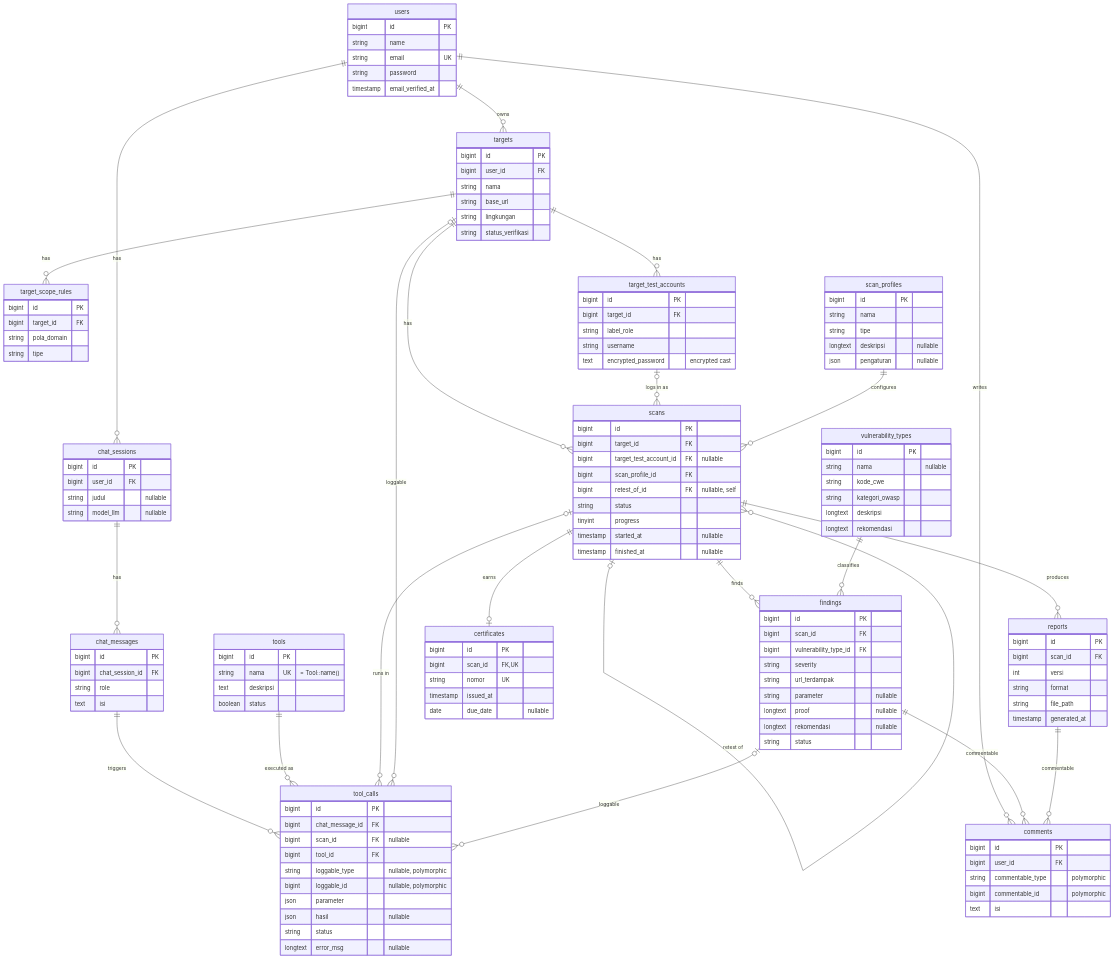
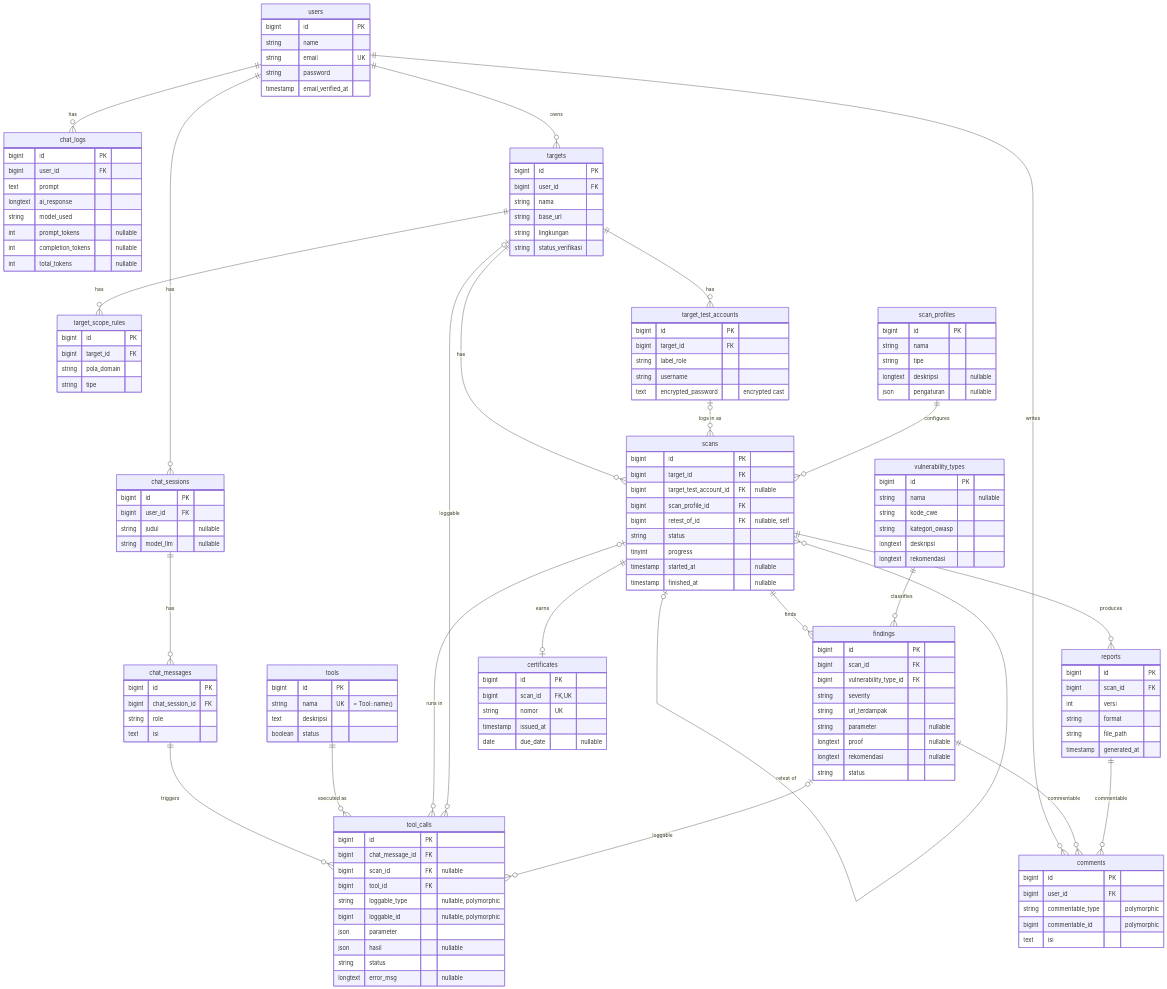
The diagram in README.md (Pardofel1s/pbkk-k4-agentic-ai), drawn with Mermaid before and after one commit. The commit also changed other lines of this file and 1 other file, not shown here.

Commit message:
docs(api): document chat AI API usage

````diff
--- a/README.md
+++ b/README.md
@@ -184,6 +265,7 @@
 ```mermaid
 erDiagram
     users ||--o{ chat_sessions : has
+    users ||--o{ chat_logs : has
     users ||--o{ targets : owns
     chat_sessions ||--o{ chat_messages : has
     chat_messages ||--o{ tool_calls : triggers
@@ -217,6 +299,16 @@
         bigint user_id FK
         string judul "nullable"
         string model_llm "nullable"
+    }
+    chat_logs {
+        bigint id PK
+        bigint user_id FK
+        text prompt
+        longtext ai_response
+        string model_used
+        int prompt_tokens "nullable"
+        int completion_tokens "nullable"
+        int total_tokens "nullable"
     }
     chat_messages {
         bigint id PK
````
